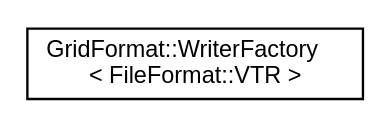
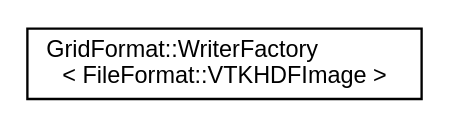
Before and after one commit to dglaeser/gridformat: the diagram in inherit_graph_56.dot, drawn with Graphviz. The commit also changed 368 other files, not shown here.

```diff
--- a/inherit_graph_56.dot
+++ b/inherit_graph_56.dot
@@ -1,8 +1,8 @@
 digraph "Graphical Class Hierarchy"
 {
  // LATEX_PDF_SIZE
   edge [fontname="Helvetica",fontsize="10",labelfontname="Helvetica",labelfontsize="10"];
   node [fontname="Helvetica",fontsize="10",shape=record];
   rankdir="LR";
-  Node0 [label="GridFormat::WriterFactory\l\< FileFormat::VTR \>",height=0.2,width=0.4,color="black", fillcolor="white", style="filled",URL="$structGridFormat_1_1WriterFactory_3_01FileFormat_1_1VTR_01_4.html",tooltip="Specialization of the WriterFactory for the .vtr format."];
+  Node0 [label="GridFormat::WriterFactory\l\< FileFormat::VTKHDFImage \>",height=0.2,width=0.4,color="black", fillcolor="white", style="filled",URL="$structGridFormat_1_1WriterFactory_3_01FileFormat_1_1VTKHDFImage_01_4.html",tooltip="Specialization of the WriterFactory for the vtk-hdf image grid format."];
 }
```
